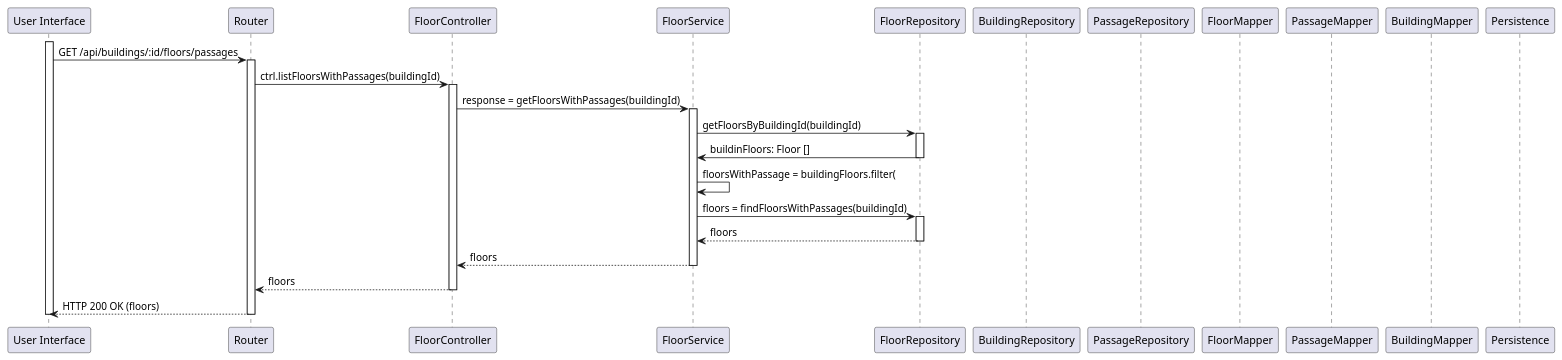
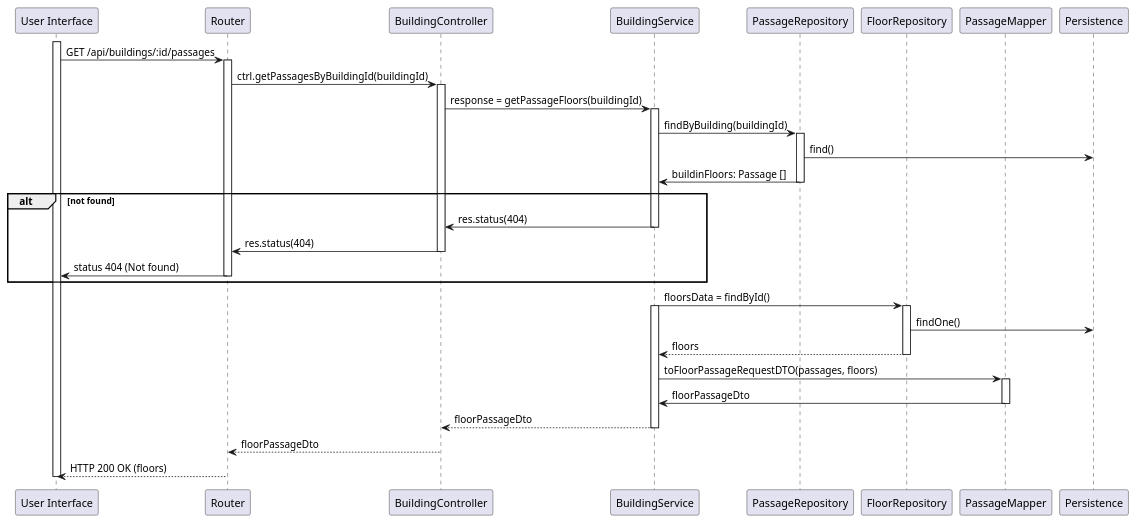
Before and after one commit to jumpman30/sem5_G00_3NB: the diagram in docs/Sprint A/UserStories/UC220_getFloorsWithPassage/UC220-ProcessView.puml, drawn with PlantUML. The commit also changed 30 other files, not shown here.

```diff
--- a/docs/Sprint A/UserStories/UC220_getFloorsWithPassage/UC220-ProcessView.puml
+++ b/docs/Sprint A/UserStories/UC220_getFloorsWithPassage/UC220-ProcessView.puml
@@ -1,39 +1,50 @@
 @startuml
 participant "User Interface" as UI
 participant "Router" as Router
-participant "FloorController" as Controller
-participant "FloorService" as Service
+participant "BuildingController" as Controller
+participant "BuildingService" as Service
 
+participant "PassageRepository" as PassageRepository
 participant "FloorRepository" as Repository
-participant "BuildingRepository" as BuildingRepository
-participant "PassageRepository" as PassageRepository
-participant "FloorMapper" as Mapper
-participant "PassageMapper" as PassageMapper
-participant "BuildingMapper" as BuildingMapper
+participant "PassageMapper" as Mapper
 participant "Persistence" as Persistence
 
 activate UI
-UI -> Router: GET /api/buildings/:id/floors/passages
+UI -> Router: GET /api/buildings/:id/passages
 activate Router
-Router -> Controller: ctrl.listFloorsWithPassages(buildingId)
+Router -> Controller: ctrl.getPassagesByBuildingId(buildingId)
 activate Controller
 
-Controller -> Service: response = getFloorsWithPassages(buildingId)
+Controller -> Service: response = getPassageFloors(buildingId)
 activate Service
-Service -> Repository: getFloorsByBuildingId(buildingId)
+Service -> PassageRepository: findByBuilding(buildingId)
+activate PassageRepository
+PassageRepository -> Persistence : find()
+PassageRepository -> Service: buildinFloors: Passage []
+deactivate PassageRepository
+alt not found
+Service -> Controller: res.status(404)
+deactivate Service
+Controller -> Router: res.status(404)
+deactivate Controller
+Router -> UI :status 404 (Not found)
+deactivate Router
+end
+Service -> Repository : floorsData = findById()
+activate Service
 activate Repository
-Repository -> Service: buildinFloors: Floor []
-deactivate Repository
-Service -> Service : floorsWithPassage = buildingFloors.filter(
-Service -> Repository: floors = findFloorsWithPassages(buildingId)
-activate Repository
+Repository -> Persistence : findOne()
 Repository --> Service: floors
 deactivate Repository
-Service --> Controller: floors
+Service -> Mapper: toFloorPassageRequestDTO(passages, floors)
+activate Mapper
+Mapper -> Service: floorPassageDto
+deactivate Mapper
+Service --> Controller: floorPassageDto
 deactivate Service
-Controller --> Router: floors
+Controller --> Router: floorPassageDto
 deactivate Controller
 Router --> UI: HTTP 200 OK (floors)
 deactivate Router
 deactivate UI
 @enduml
```
